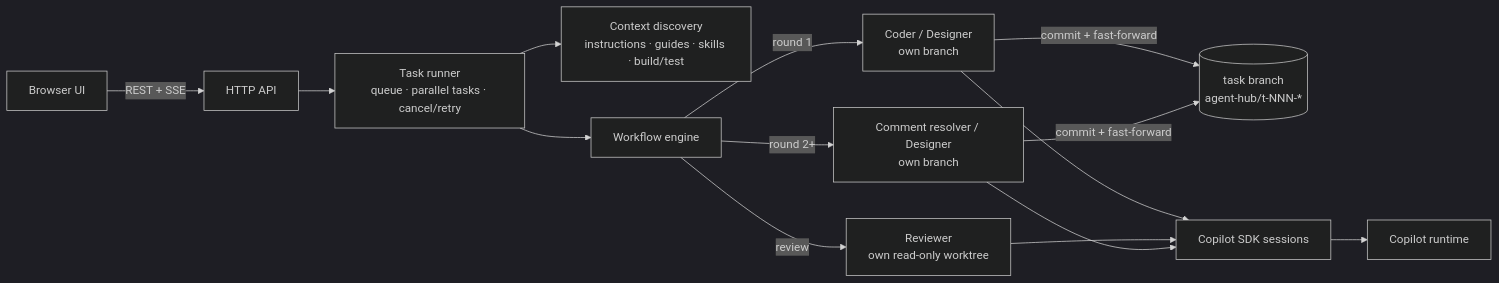
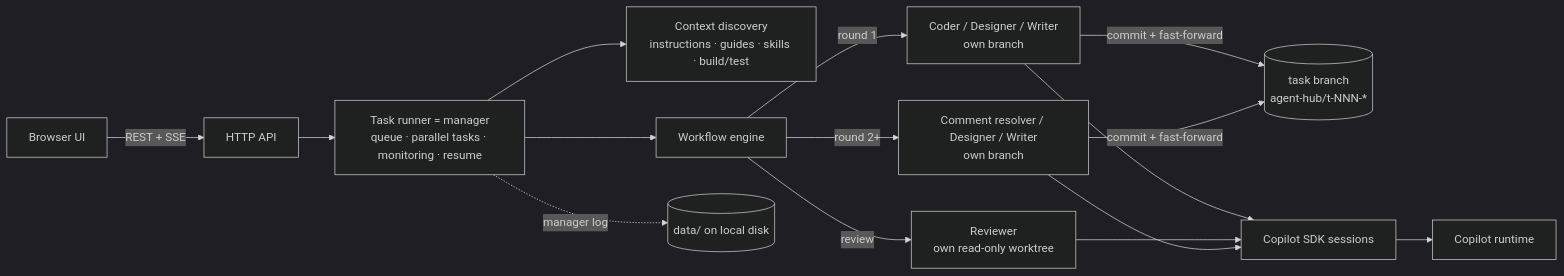
Before and after one commit to bingyuyin/WindowsVMAgent: the diagram in agent-hub/README.md, drawn with Mermaid (dark theme). The commit also changed other lines of this file and 38 other files, not shown here.

````diff
--- a/agent-hub/README.md
+++ b/agent-hub/README.md
@@ -45,12 +50,13 @@
 ```mermaid
 flowchart LR
   UI[Browser UI] -- REST + SSE --> API[HTTP API]
-  API --> Runner[Task runner<br/>queue · parallel tasks · cancel/retry]
+  API --> Runner[Task runner = manager<br/>queue · parallel tasks · monitoring · resume]
   Runner --> Ctx[Context discovery<br/>instructions · guides · skills · build/test]
   Runner --> Engine[Workflow engine]
-  Engine -- round 1 --> C[Coder / Designer<br/>own branch]
+  Engine -- round 1 --> C[Coder / Designer / Writer<br/>own branch]
   Engine -- review --> R[Reviewer<br/>own read-only worktree]
-  Engine -- round 2+ --> F[Comment resolver / Designer<br/>own branch]
+  Engine -- round 2+ --> F[Comment resolver / Designer / Writer<br/>own branch]
   C & F -- commit + fast-forward --> TB[(task branch<br/>agent-hub/t-NNN-*)]
   C & R & F --> SDK[Copilot SDK sessions] --> RT[Copilot runtime]
+  Runner -. manager log .-> Disk[(data/ on local disk)]
 ```
````
